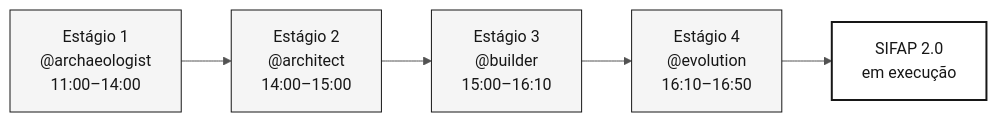
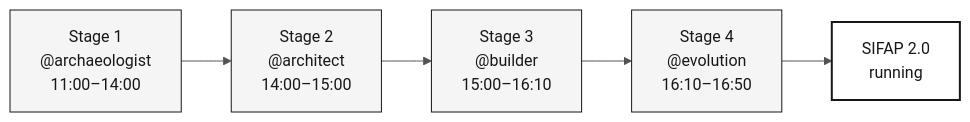
Before and after one commit to paulasilvatech/datacorp-mm-team-kit: the diagram in 06-agentes-de-estagio/README.md, drawn with Mermaid. The commit also changed other lines of this file and 169 other files, not shown here.

````diff
--- a/06-agentes-de-estagio/README.md
+++ b/06-agentes-de-estagio/README.md
@@ -47,11 +45,11 @@
 ```mermaid
 %%{init: {'theme':'neutral','themeVariables':{'fontFamily':'ui-sans-serif, system-ui, sans-serif','primaryColor':'#F5F5F5','primaryTextColor':'#171717','primaryBorderColor':'#171717','lineColor':'#525252','secondaryColor':'#FFFFFF','tertiaryColor':'#FAFAFA','background':'#FFFFFF'}}}%%
 flowchart LR
     classDef step fill:#F5F5F5,stroke:#171717,color:#171717
     classDef result fill:#FFFFFF,stroke:#171717,color:#171717,stroke-width:2px
 
-    A["Estágio 1<br/>@archaeologist<br/>11:00–14:00"]:::step --> B["Estágio 2<br/>@architect<br/>14:00–15:00"]:::step
-    B --> C["Estágio 3<br/>@builder<br/>15:00–16:10"]:::step
-    C --> D["Estágio 4<br/>@evolution<br/>16:10–16:50"]:::step
-    D --> E["SIFAP 2.0<br/>em execução"]:::result
+    A["Stage 1<br/>@archaeologist<br/>11:00–14:00"]:::step --> B["Stage 2<br/>@architect<br/>14:00–15:00"]:::step
+    B --> C["Stage 3<br/>@builder<br/>15:00–16:10"]:::step
+    C --> D["Stage 4<br/>@evolution<br/>16:10–16:50"]:::step
+    D --> E["SIFAP 2.0<br/>running"]:::result
 ```
````
